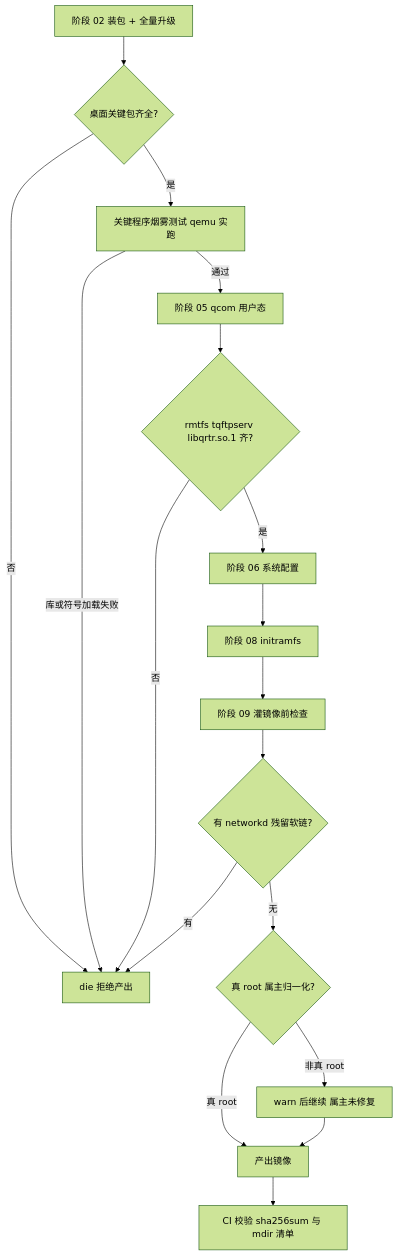
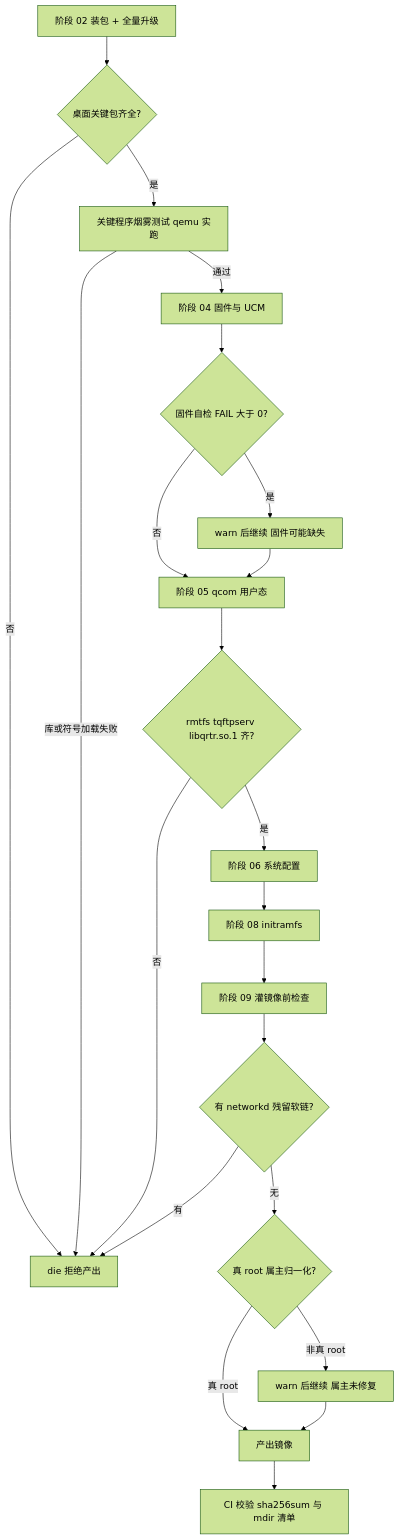
The first of 2 diagrams in openwiki/concepts/failure-modes-and-invariants.md (Winter21c/archlinux-xiaomi-raphael), drawn with Mermaid (forest theme) before and after one commit. The commit also changed other lines of this file and 17 other files, not shown here.

````diff
--- a/openwiki/concepts/failure-modes-and-invariants.md
+++ b/openwiki/concepts/failure-modes-and-invariants.md
@@ -41,20 +44,24 @@
 ```mermaid
 flowchart TD
   A["阶段 02 装包 + 全量升级"] --> B{"桌面关键包齐全?"}
   B -->|否| X["die 拒绝产出"]
   B -->|是| C["关键程序烟雾测试 qemu 实跑"]
   C -->|库或符号加载失败| X
-  C -->|通过| D["阶段 05 qcom 用户态"]
-  D --> E{"rmtfs tqftpserv libqrtr.so.1 齐?"}
-  E -->|否| X
-  E -->|是| F["阶段 06 系统配置"]
+  C -->|通过| D["阶段 04 固件与 UCM"]
+  D --> D2{"固件自检 FAIL 大于 0?"}
+  D2 -->|是| W1["warn 后继续 固件可能缺失"]
+  D2 -->|否| E["阶段 05 qcom 用户态"]
+  W1 --> E
+  E --> E2{"rmtfs tqftpserv libqrtr.so.1 齐?"}
+  E2 -->|否| X
+  E2 -->|是| F["阶段 06 系统配置"]
   F --> G["阶段 08 initramfs"]
   G --> H["阶段 09 灌镜像前检查"]
   H --> I{"有 networkd 残留软链?"}
   I -->|有| X
   I -->|无| J{"真 root 属主归一化?"}
-  J -->|非真 root| W["warn 后继续 属主未修复"]
+  J -->|非真 root| W2["warn 后继续 属主未修复"]
   J -->|真 root| K["产出镜像"]
-  W --> K
+  W2 --> K
   K --> L["CI 校验 sha256sum 与 mdir 清单"]
 ```
````
